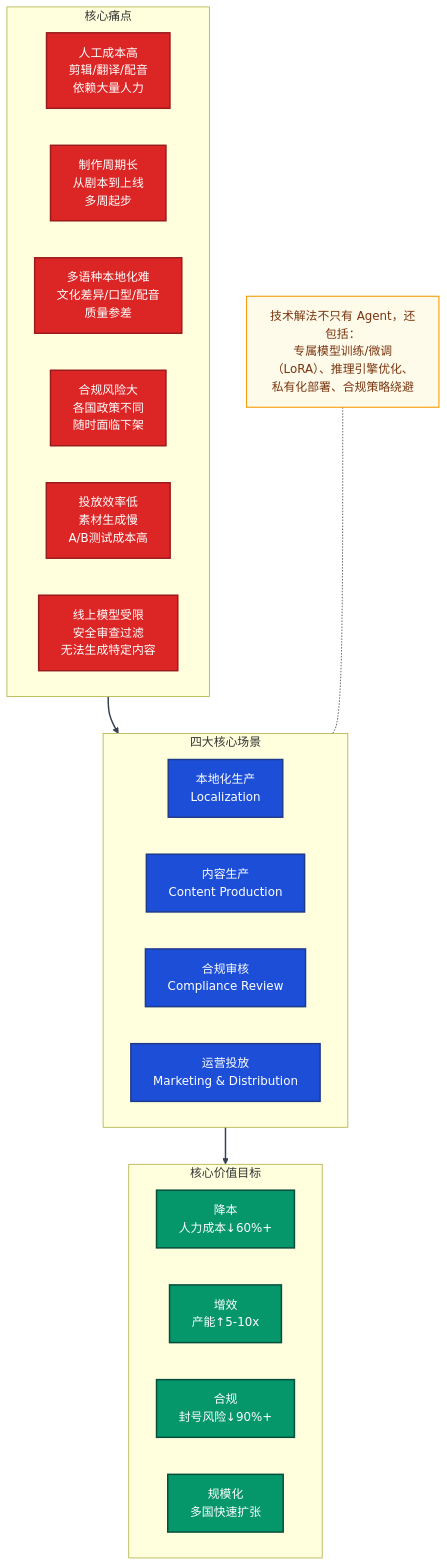
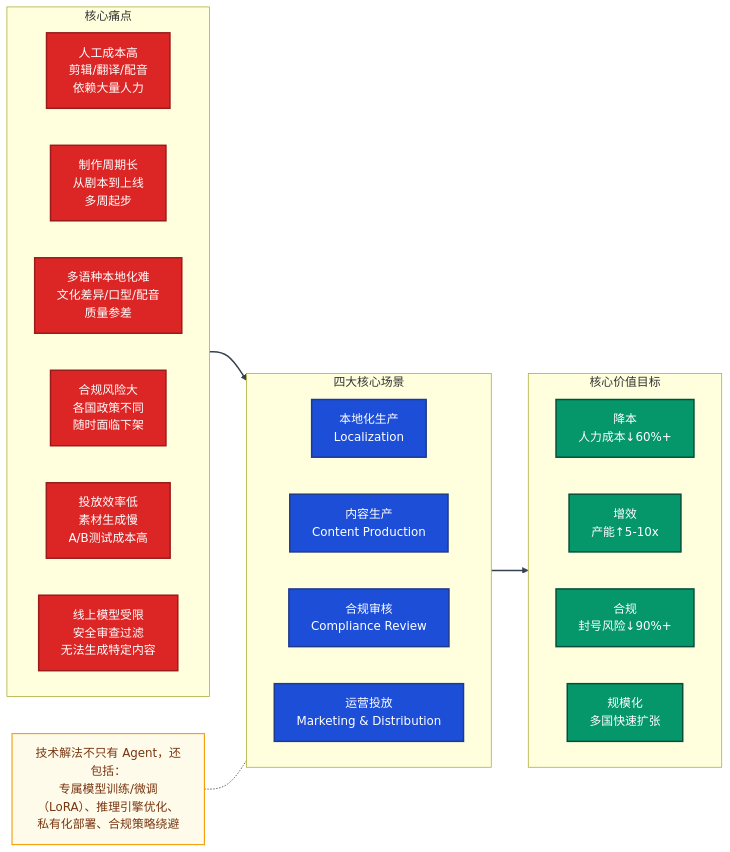
One commit to amuqiao/agentscope-1.0.16 changed the first of 6 diagrams in docs/项目分析/短剧出海AI技术解决方案.md. Above: the diagram before and after it, drawn with Mermaid. The commit also changed 2 other files, not shown here.

````diff
--- a/docs/项目分析/短剧出海AI技术解决方案.md
+++ b/docs/项目分析/短剧出海AI技术解决方案.md
@@ -10,46 +10,46 @@
 ```mermaid
-flowchart TB
+flowchart LR
     classDef painStyle   fill:#dc2626,stroke:#991b1b,stroke-width:2px,color:#fff
     classDef sceneStyle  fill:#1d4ed8,stroke:#1e3a8a,stroke-width:2px,color:#fff
     classDef valueStyle  fill:#059669,stroke:#064e3b,stroke-width:2px,color:#fff
     classDef noteStyle   fill:#fffbeb,stroke:#f59e0b,stroke-width:1.5px,color:#78350f
     classDef layerStyle  fill:#f8fafc,stroke:#cbd5e0,stroke-width:1.5px
 
     subgraph PAIN["核心痛点"]
         direction LR
         P1["人工成本高<br>剪辑/翻译/配音<br>依赖大量人力"]:::painStyle
         P2["制作周期长<br>从剧本到上线<br>多周起步"]:::painStyle
         P3["多语种本地化难<br>文化差异/口型/配音<br>质量参差"]:::painStyle
         P4["合规风险大<br>各国政策不同<br>随时面临下架"]:::painStyle
         P5["投放效率低<br>素材生成慢<br>A/B测试成本高"]:::painStyle
         P6["线上模型受限<br>安全审查过滤<br>无法生成特定内容"]:::painStyle
     end
     class PAIN layerStyle
 
     subgraph SCENE["四大核心场景"]
         direction LR
         S1["本地化生产<br>Localization"]:::sceneStyle
         S2["内容生产<br>Content Production"]:::sceneStyle
         S3["合规审核<br>Compliance Review"]:::sceneStyle
         S4["运营投放<br>Marketing & Distribution"]:::sceneStyle
     end
     class SCENE layerStyle
 
     subgraph VALUE["核心价值目标"]
         direction LR
         V1["降本<br>人力成本↓60%+"]:::valueStyle
         V2["增效<br>产能↑5-10x"]:::valueStyle
         V3["合规<br>封号风险↓90%+"]:::valueStyle
         V4["规模化<br>多国快速扩张"]:::valueStyle
     end
     class VALUE layerStyle
 
     PAIN --> SCENE
     SCENE --> VALUE
 
     NOTE["技术解法不只有 Agent，还包括：<br>专属模型训练/微调（LoRA）、推理引擎优化、<br>私有化部署、合规策略绕避"]:::noteStyle
     NOTE -.- SCENE
 
     %% 边索引：0-1，共 2 条
     linkStyle 0,1 stroke:#374151,stroke-width:2px
 ```
````
